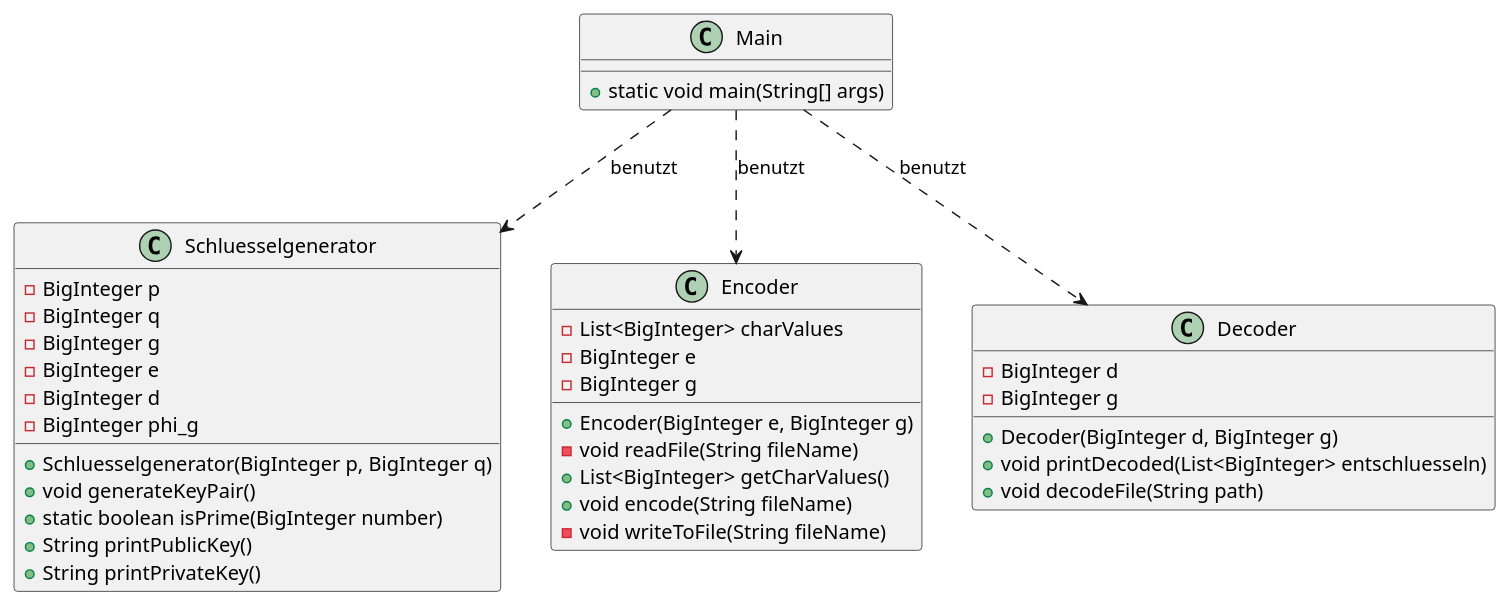
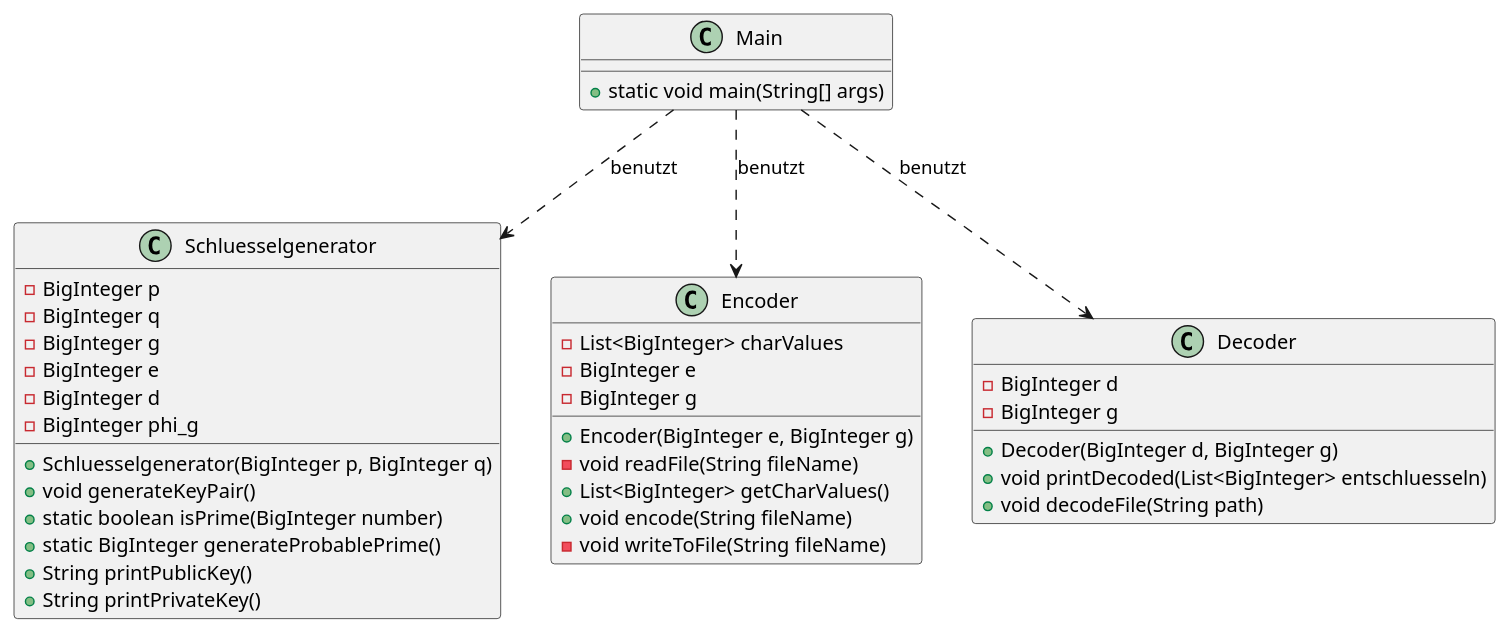
Before and after one commit to fansel/rsa-verschluesselung: the diagram in src/de/jafe/src/src.plantuml, drawn with PlantUML. The commit also changed 16 other files, not shown here.

```diff
--- a/src/de/jafe/src/src.plantuml
+++ b/src/de/jafe/src/src.plantuml
@@ -1,42 +1,43 @@
 @startuml
 class Schluesselgenerator {
   -BigInteger p
   -BigInteger q
   -BigInteger g
   -BigInteger e
   -BigInteger d
   -BigInteger phi_g
   +Schluesselgenerator(BigInteger p, BigInteger q)
   +void generateKeyPair()
   +static boolean isPrime(BigInteger number)
+  +static BigInteger generateProbablePrime()
   +String printPublicKey()
   +String printPrivateKey()
 }
 
 class Encoder {
   -List<BigInteger> charValues
   -BigInteger e
   -BigInteger g
   +Encoder(BigInteger e, BigInteger g)
   -void readFile(String fileName)
   +List<BigInteger> getCharValues()
   +void encode(String fileName)
   -void writeToFile(String fileName)
 }
 
 class Decoder {
   -BigInteger d
   -BigInteger g
   +Decoder(BigInteger d, BigInteger g)
   +void printDecoded(List<BigInteger> entschluesseln)
   +void decodeFile(String path)
 }
 
 class Main {
     +static void main(String[] args)
 }
 
 Main ..> Schluesselgenerator : benutzt
 Main ..> Encoder : benutzt
 Main ..> Decoder : benutzt
 @enduml
```
